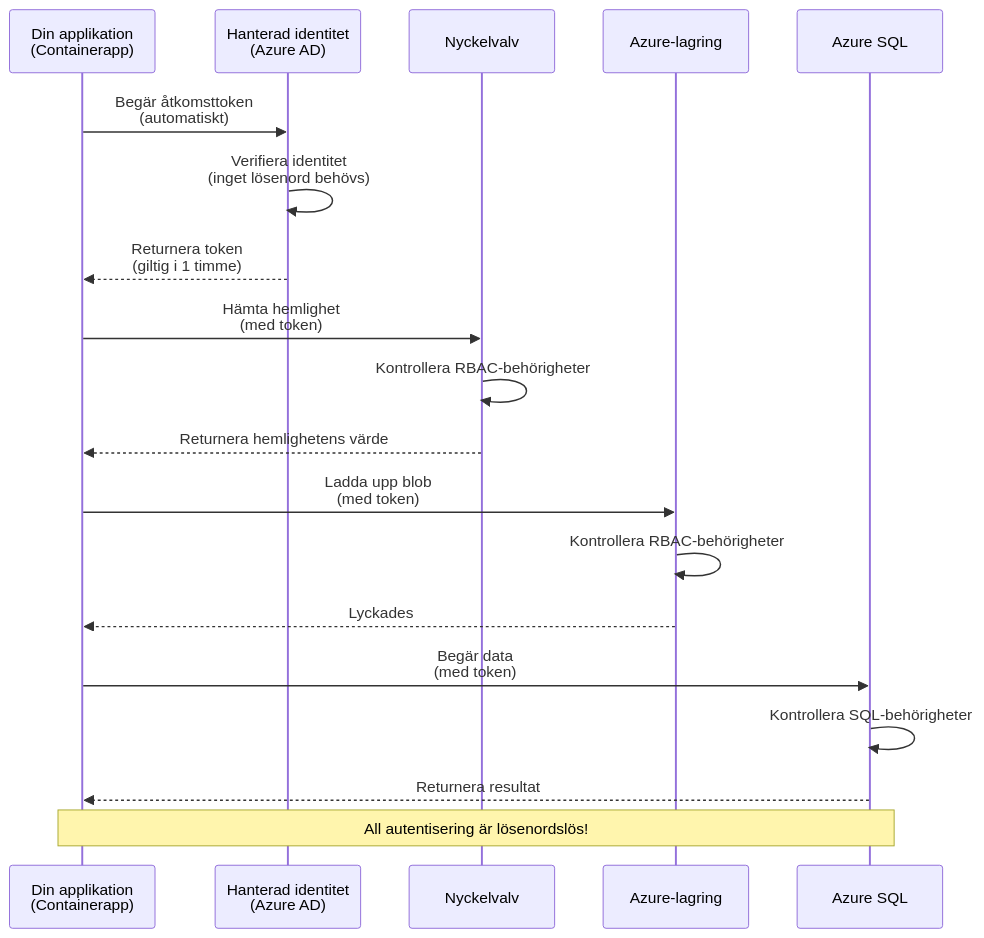
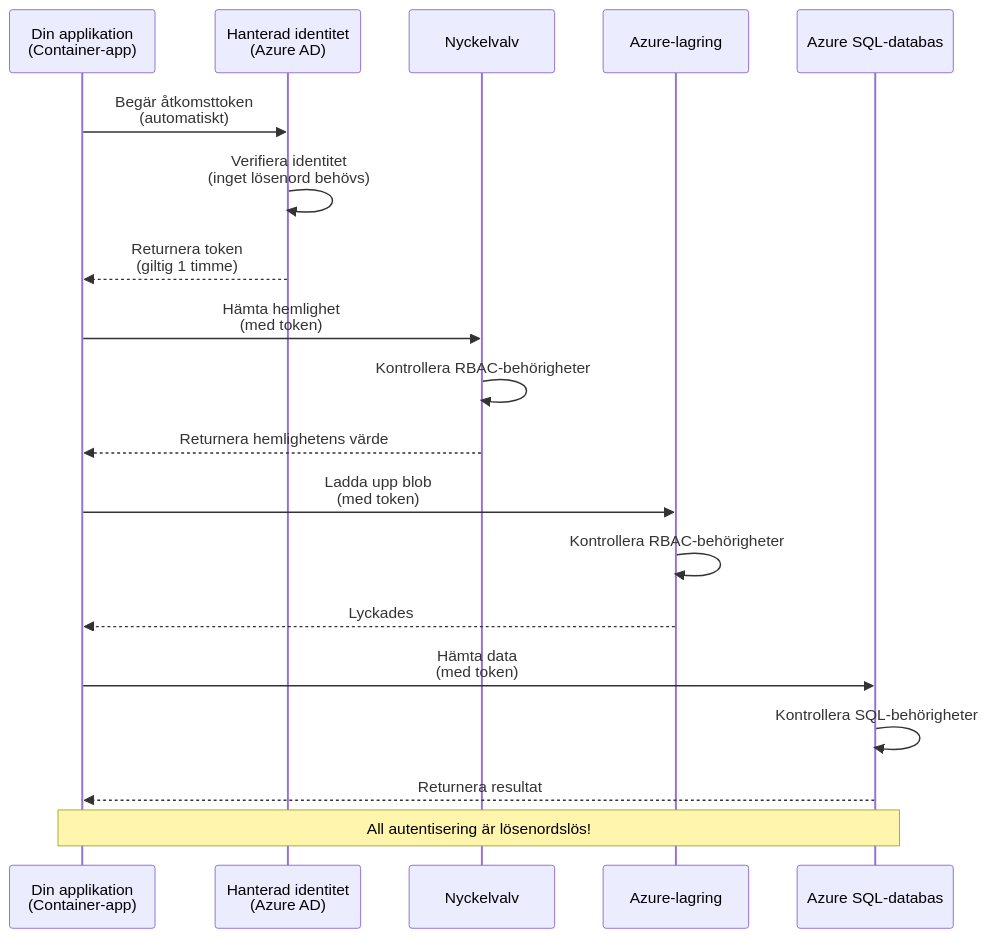
One commit to microsoft/AZD-for-beginners changed the first of 2 diagrams in translations/sv/docs/chapter-03-configuration/authsecurity.md. Above: the diagram before and after it, drawn with Mermaid. The commit also changed other lines of this file and 101 other files, not shown here.

````diff
--- a/translations/sv/docs/chapter-03-configuration/authsecurity.md
+++ b/translations/sv/docs/chapter-03-configuration/authsecurity.md
@@ -69,26 +69,26 @@
 ```mermaid
 sequenceDiagram
-    participant App as Din applikation<br/>(Containerapp)
+    participant App as Din applikation<br/>(Container-app)
     participant MI as Hanterad identitet<br/>(Azure AD)
     participant KV as Nyckelvalv
     participant Storage as Azure-lagring
-    participant DB as Azure SQL
+    participant DB as Azure SQL-databas
     
     App->>MI: Begär åtkomsttoken<br/>(automatiskt)
     MI->>MI: Verifiera identitet<br/>(inget lösenord behövs)
-    MI-->>App: Returnera token<br/>(giltig i 1 timme)
+    MI-->>App: Returnera token<br/>(giltig 1 timme)
     
     App->>KV: Hämta hemlighet<br/>(med token)
     KV->>KV: Kontrollera RBAC-behörigheter
     KV-->>App: Returnera hemlighetens värde
     
     App->>Storage: Ladda upp blob<br/>(med token)
     Storage->>Storage: Kontrollera RBAC-behörigheter
     Storage-->>App: Lyckades
     
-    App->>DB: Begär data<br/>(med token)
+    App->>DB: Hämta data<br/>(med token)
     DB->>DB: Kontrollera SQL-behörigheter
     DB-->>App: Returnera resultat
     
     Note over App,DB: All autentisering är lösenordslös!
 ```
````
